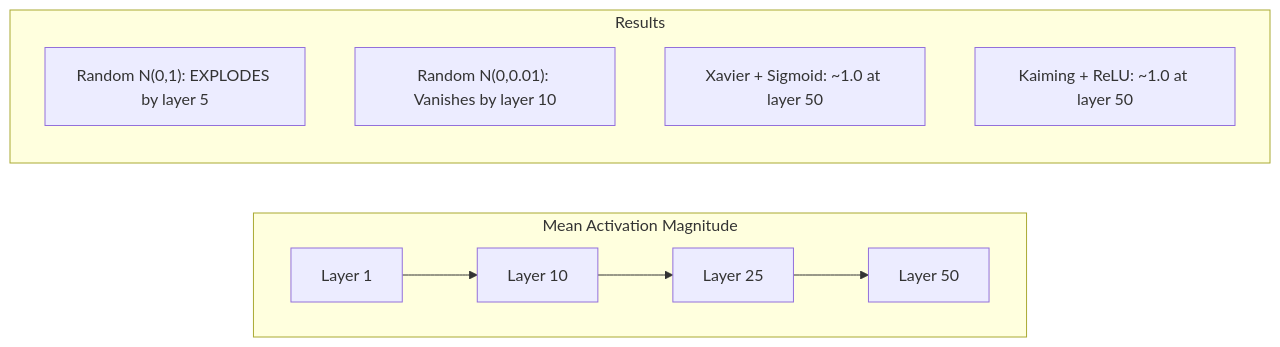
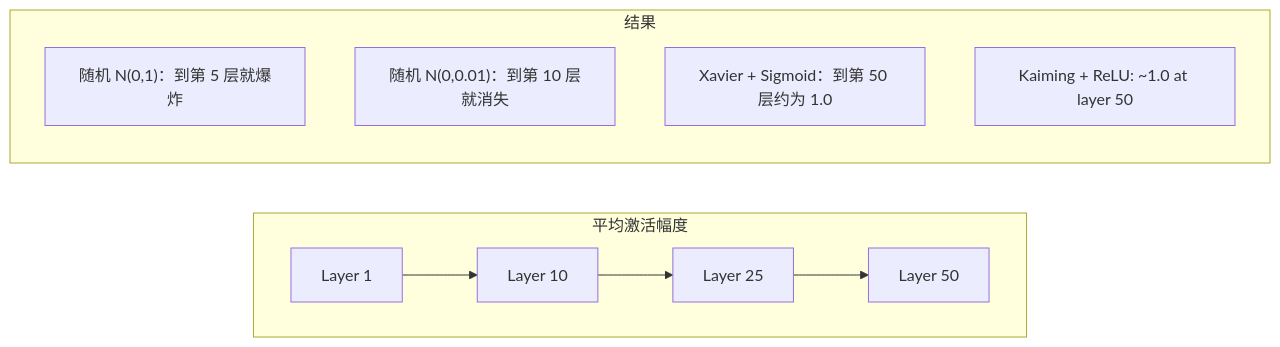
One commit to omigaZen/ai-engineering-from-scratch changed the second of 3 diagrams in phases/03-deep-learning-core/08-weight-initialization/docs/zh.md. Above: the diagram before and after it, drawn with Mermaid. The commit also changed other lines of this file, not shown here.

````diff
--- a/phases/03-deep-learning-core/08-weight-initialization/docs/zh.md
+++ b/phases/03-deep-learning-core/08-weight-initialization/docs/zh.md
@@ -130,14 +130,14 @@
 ```mermaid
 graph LR
-    subgraph "Mean Activation Magnitude"
+    subgraph "平均激活幅度"
         direction LR
         L1["Layer 1"] --> L10["Layer 10"] --> L25["Layer 25"] --> L50["Layer 50"]
     end
 
-    subgraph "Results"
-        R1["Random N(0,1): EXPLODES by layer 5"]
-        R2["Random N(0,0.01): Vanishes by layer 10"]
-        R3["Xavier + Sigmoid: ~1.0 at layer 50"]
+    subgraph "结果"
+        R1["随机 N(0,1)：到第 5 层就爆炸"]
+        R2["随机 N(0,0.01)：到第 10 层就消失"]
+        R3["Xavier + Sigmoid：到第 50 层约为 1.0"]
         R4["Kaiming + ReLU: ~1.0 at layer 50"]
     end
 ```
````
